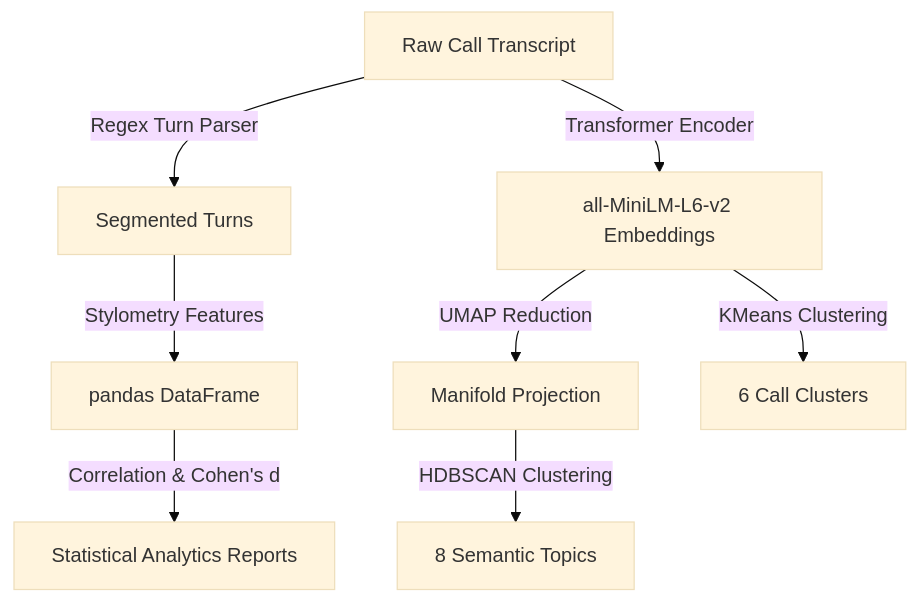
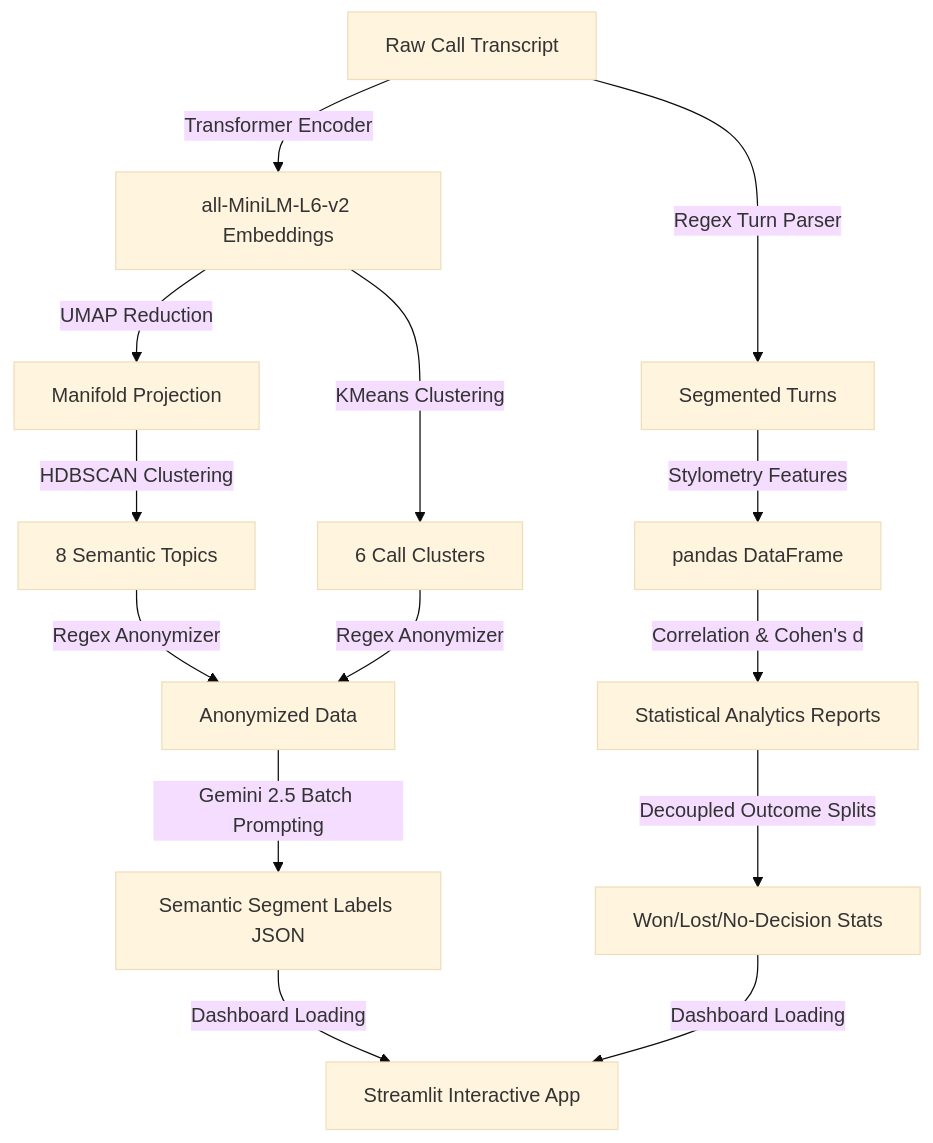
The diagram in docs/Architecture.md (DILIP-KANNAN/Sutherland-Intern), drawn with Mermaid (base theme) before and after one commit. The commit also changed other lines of this file and 2 other files, not shown here.

Commit message:
Update README, Architecture, and Handover documents for Phase 4 completion

````diff
--- a/docs/Architecture.md
+++ b/docs/Architecture.md
@@ -28,10 +30,16 @@
 ```mermaid
 graph TD
     A[Raw Call Transcript] -->|Regex Turn Parser| B[Segmented Turns]
     B -->|Stylometry Features| C[pandas DataFrame]
     A -->|Transformer Encoder| D[all-MiniLM-L6-v2 Embeddings]
     D -->|UMAP Reduction| E[Manifold Projection]
     E -->|HDBSCAN Clustering| F[8 Semantic Topics]
     D -->|KMeans Clustering| H[6 Call Clusters]
+    F -->|Regex Anonymizer| L[Anonymized Data]
+    H -->|Regex Anonymizer| L
+    L -->|Gemini 2.5 Batch Prompting| M[Semantic Segment Labels JSON]
     C -->|Correlation & Cohen's d| I[Statistical Analytics Reports]
+    I -->|Decoupled Outcome Splits| N[Won/Lost/No-Decision Stats]
+    M -->|Dashboard Loading| O[Streamlit Interactive App]
+    N -->|Dashboard Loading| O
 ```
````
